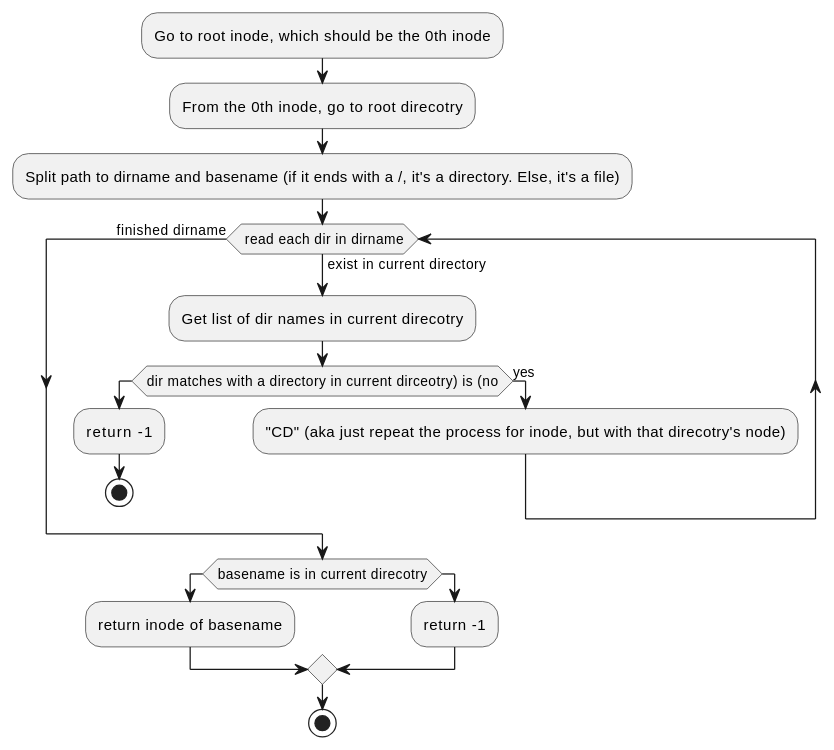
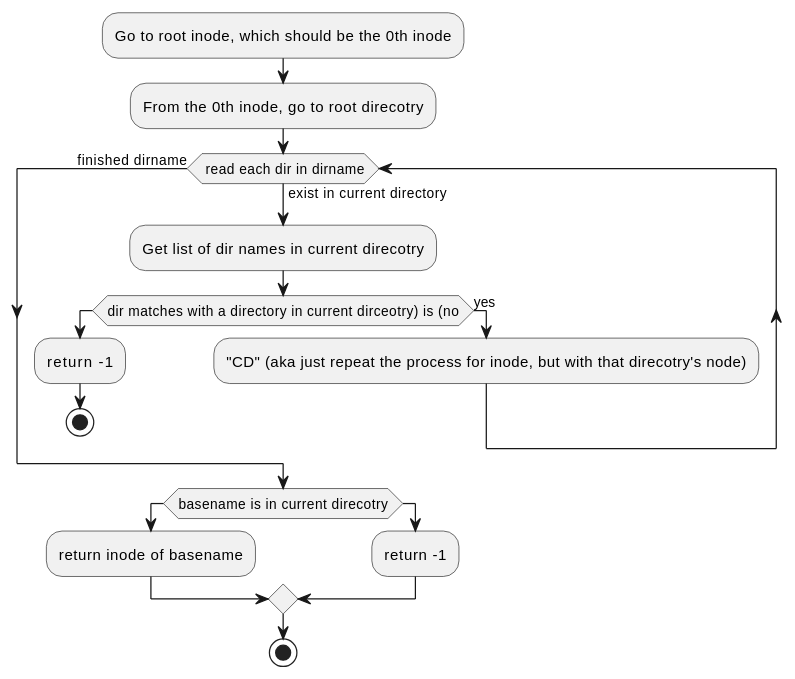
The fifth of 21 diagrams in Plan.org (HawaiinPizza/CIS-450-final-project), drawn with PlantUML before and after one commit. The commit also changed other lines of this file and 26 other files, not shown here.

```diff
--- a/Plan.org
+++ b/Plan.org
@@ -414,24 +350,23 @@
-      #+BEGIN_SRC plantuml  :file Plant/getFilePath.png
+      #+BEGIN_SRC plantuml  :file Plant/getInode.png
       @startuml
       :Go to root inode, which should be the 0th inode;
       :From the 0th inode, go to root direcotry;
-      :Split path to dirname and basename (if it ends with a /, it's a directory. Else, it's a file);
 	while( read each dir in dirname) is (exist in current directory)
 		:Get list of dir names in current direcotry;
 		if(dir matches with a directory in current dirceotry) is (no)
 			:return  -1;
 			stop
 		else (yes)
 			:"CD" (aka just repeat the process for inode, but with that direcotry's node);
 		endif
 	endwhile(finished dirname)
 	if(basename is in current direcotry)
 		:return inode of basename;
 	else
 		:return -1;
 	endif
 	stop
       
      
 	@enduml
       #+END_SRC
```
